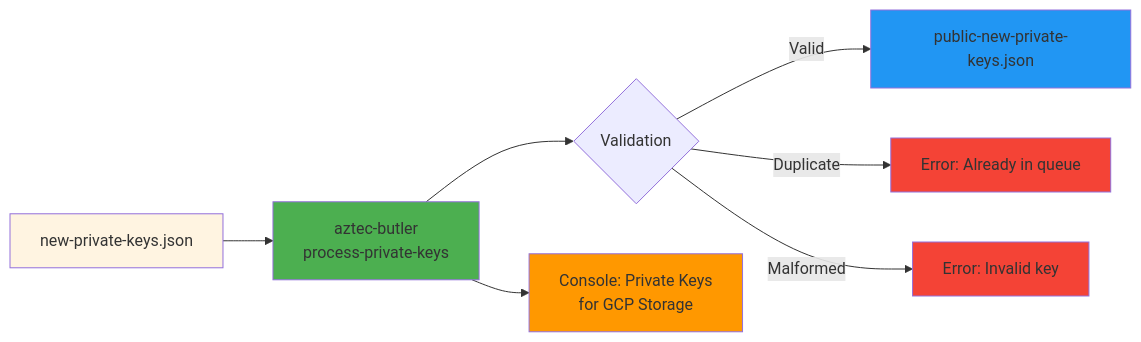
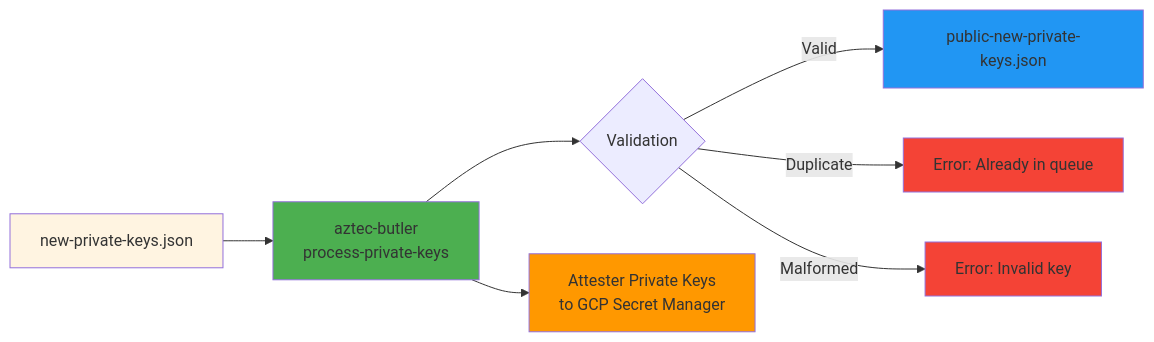
The diagram in docs/operator-guide/phase-2.md (aztec-scan/aztec-butler), drawn with Mermaid before and after one commit. The commit also changed other lines of this file and 8 other files, not shown here.

````diff
--- a/docs/operator-guide/phase-2.md
+++ b/docs/operator-guide/phase-2.md
@@ -7,17 +7,17 @@
 ```mermaid
 flowchart LR
     A[new-private-keys.json] --> B[aztec-butler<br/>process-private-keys]
     B --> C{Validation}
     C -->|Valid| D[public-new-private-keys.json]
     C -->|Duplicate| E[Error: Already in queue]
     C -->|Malformed| F[Error: Invalid key]
 
-    B --> G[Console: Private Keys<br/>for GCP Storage]
+    B --> G[Attester Private Keys<br/>to GCP Secret Manager]
 
     style A fill:#fff4e1
     style B fill:#4CAF50
     style D fill:#2196F3
     style E fill:#f44336
     style F fill:#f44336
     style G fill:#FF9800
 ```
````
